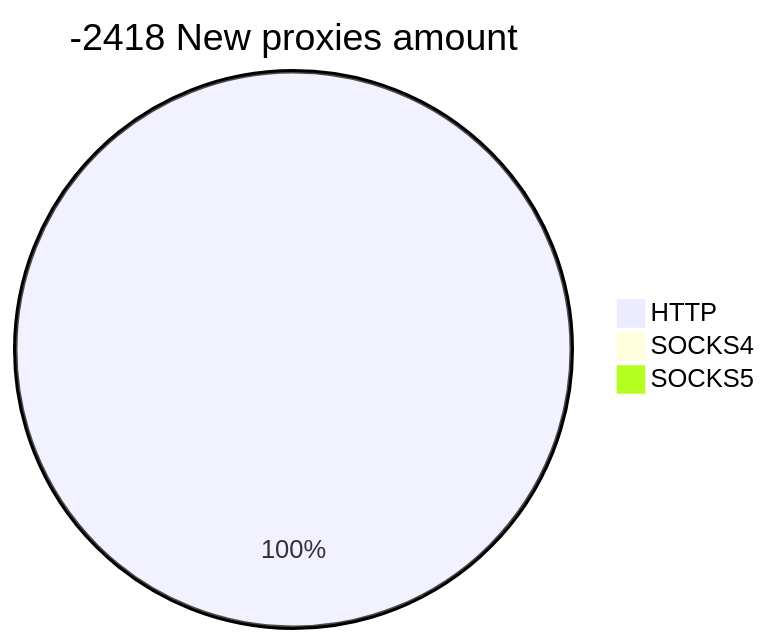
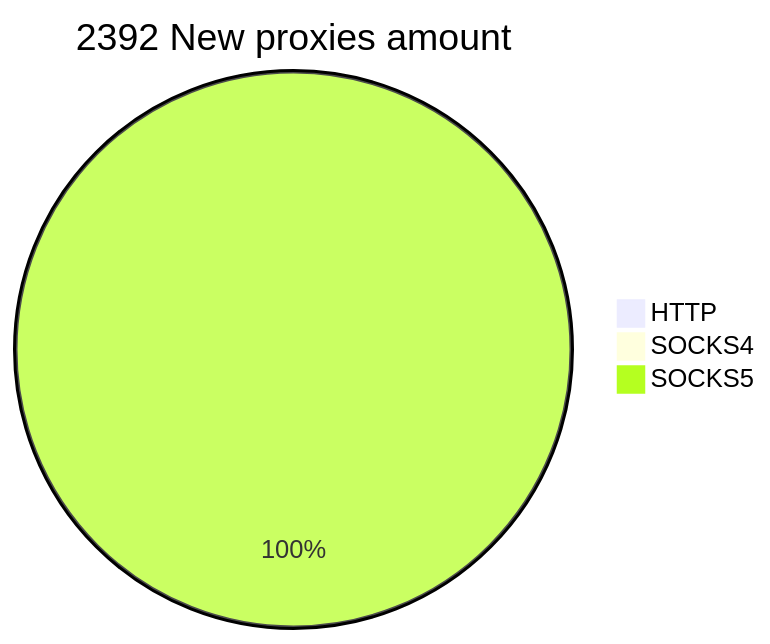
Before and after one commit to cutipu/proxylist: the second of 2 diagrams in README.md, drawn with Mermaid. The commit also changed other lines of this file, not shown here.

````diff
--- a/README.md
+++ b/README.md
@@ -10,6 +10,6 @@
 ```mermaid
-pie title -2418 New proxies amount
-    "HTTP" : 5
+pie title 2392 New proxies amount
+    "HTTP" : 0
     "SOCKS4" : 0
-    "SOCKS5" : 0
+    "SOCKS5" : 2418
 ```
````
